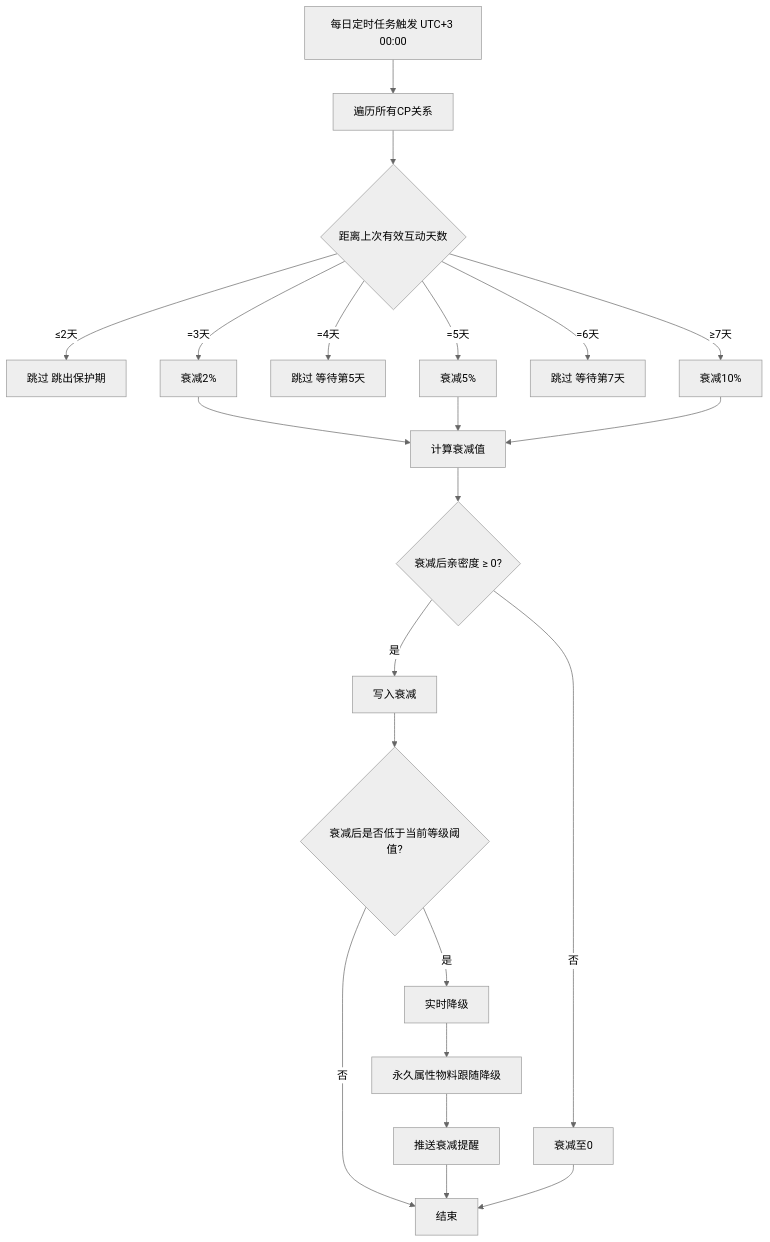
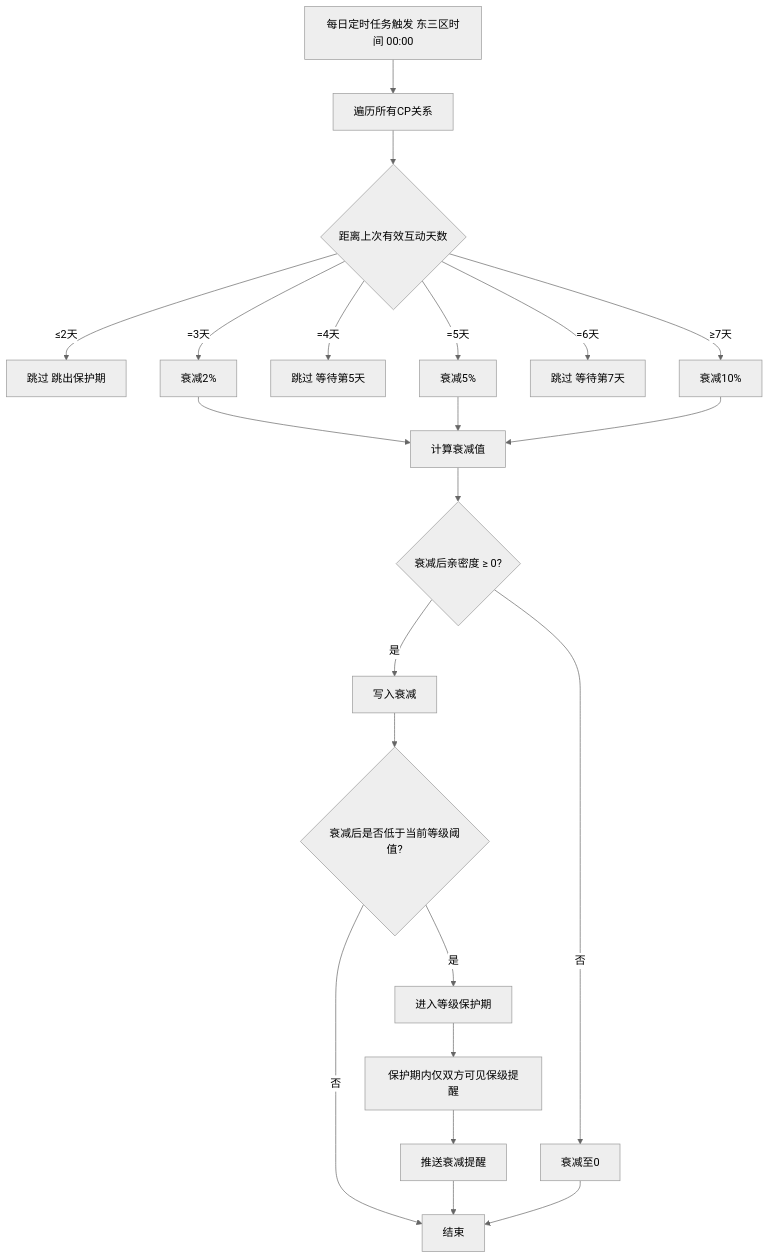
Before and after one commit to kocekid/CP1.0-Requirements: the ninth of 12 diagrams in CP系统需求文档_v1.0.md, drawn with Mermaid (neutral theme). The commit also changed other lines of this file, not shown here.

Commit message:
更新CP系统需求文档：图下需求拆解块全部重写为完整字段表结构

````diff
--- a/CP系统需求文档_v1.0.md
+++ b/CP系统需求文档_v1.0.md
@@ -883,28 +895,28 @@
 ```mermaid
 flowchart TD
-    A[每日定时任务触发 UTC+3 00:00] --> B[遍历所有CP关系]
+    A[每日定时任务触发 东三区时间 00:00] --> B[遍历所有CP关系]
     B --> C{距离上次有效互动天数}
     C -->|≤2天| D[跳过 跳出保护期]
     C -->|=3天| E[衰减2%]
     C -->|=4天| F[跳过 等待第5天]
     C -->|=5天| G[衰减5%]
     C -->|=6天| H[跳过 等待第7天]
     C -->|≥7天| I[衰减10%]
     
     E --> J[计算衰减值]
     G --> J
     I --> J
     
     J --> K{衰减后亲密度 ≥ 0?}
     K -->|是| L[写入衰减]
     K -->|否| M[衰减至0]
     
-    L --> N{衰减后是否低于当前等级阈值?}
-    N -->|是| O[实时降级]
-    N -->|否| P[结束]
+    L --> 指定数量{衰减后是否低于当前等级阈值?}
+    指定数量 -->|是| O[进入等级保护期]
+    指定数量 -->|否| P[结束]
     
-    O --> Q[永久属性物料跟随降级]
+    O --> Q[保护期内仅双方可见保级提醒]
     Q --> R[推送衰减提醒]
     R --> P
     M --> P
 ```
````
